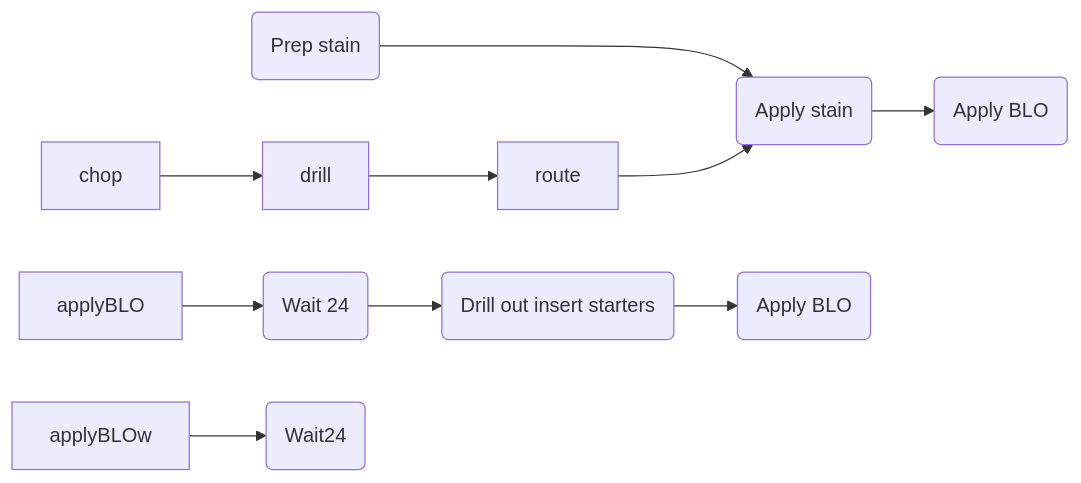
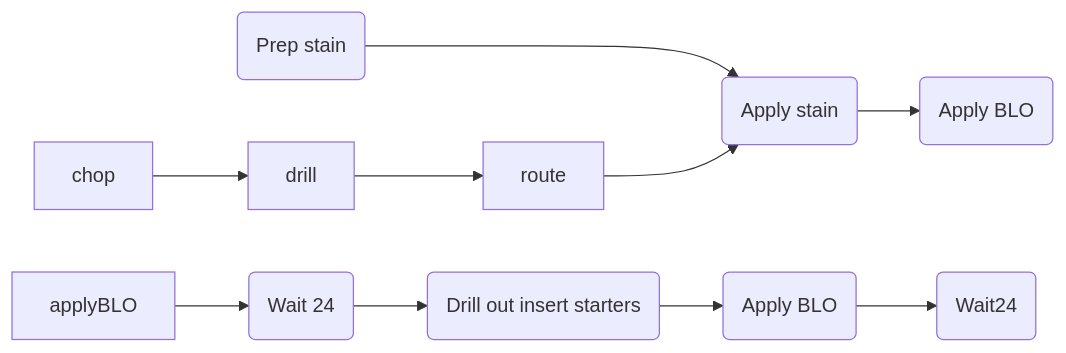
The diagram in README.md (frankburgs/wood), drawn with Mermaid before and after one commit.

````diff
--- a/README.md
+++ b/README.md
@@ -1,23 +1,23 @@
 ```mermaid
 
 flowchart LR
 
     id1(Prep stain) ---> id2(Apply stain)
     
     chop-->drill
     
     drill-->route
     
     route-->id2
     
     id2-->applyBLO1(Apply BLO)
     
     applyBLO-->wait241(Wait 24)
     
     wait241-->drillInserts(Drill out insert starters)
     
     drillInserts-->applyBLO2(Apply BLO)
     
-    applyBLOw-->wait242(Wait24)
+    applyBLO2-->wait242(Wait24)
     
 ```
````
